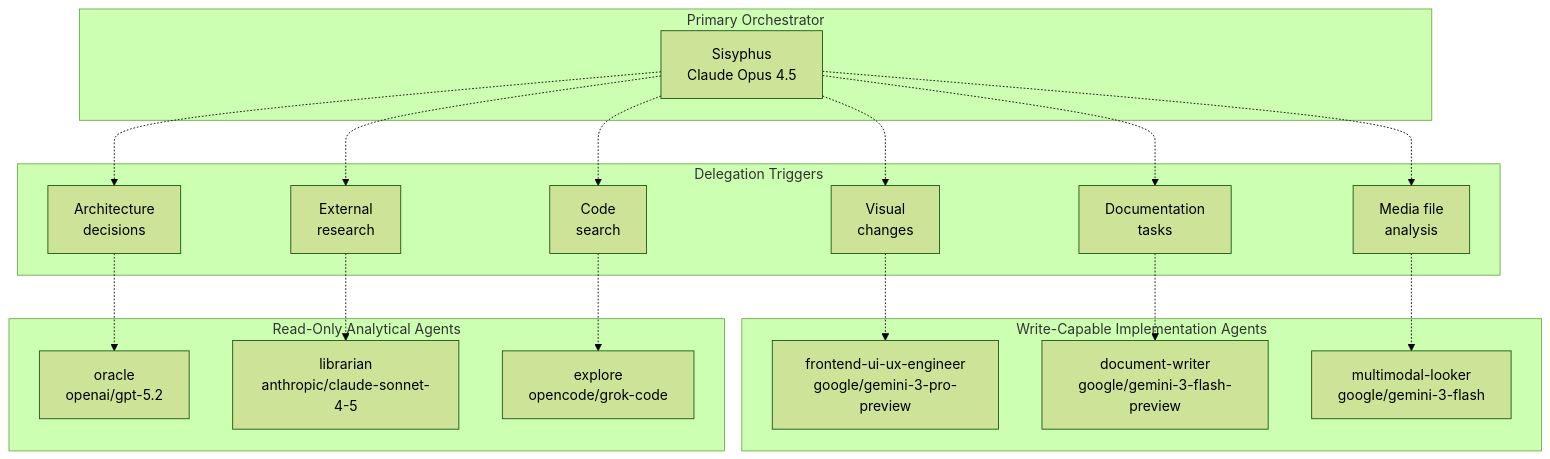
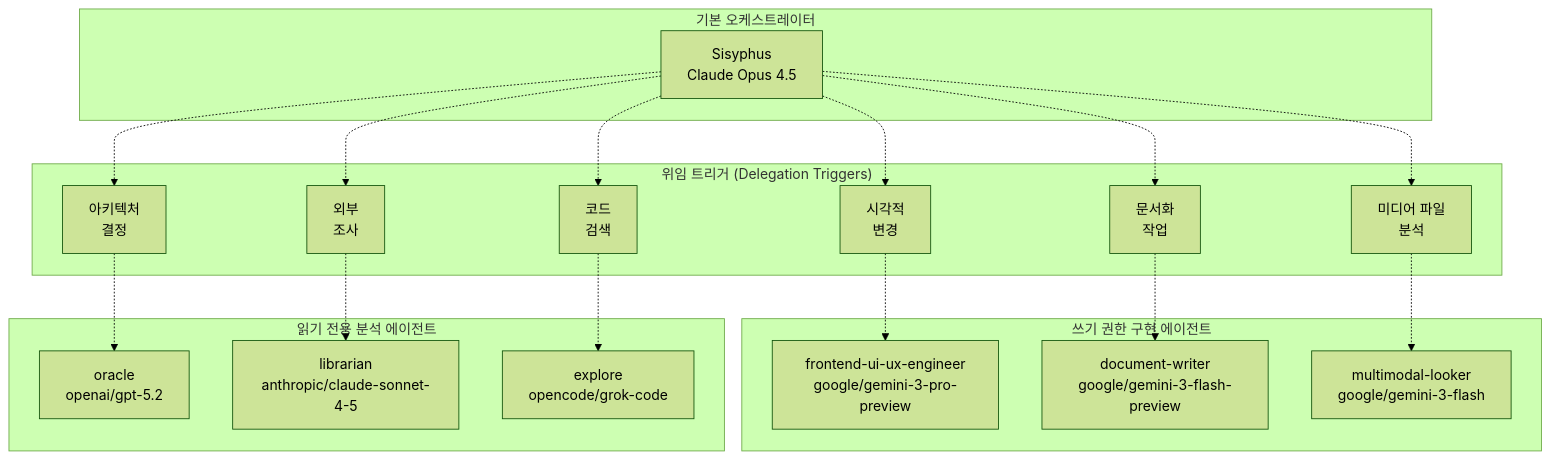
The first of 3 diagrams in docs/agents/specialized-agents.md (felipetruman/oh-my-opencode-docs), drawn with Mermaid (forest theme) before and after one commit. The commit also changed other lines of this file and 76 other files, not shown here.

````diff
--- a/docs/agents/specialized-agents.md
+++ b/docs/agents/specialized-agents.md
@@ -67,55 +67,55 @@
 ```mermaid
 flowchart TD
 
 sisyphus["Sisyphus<br>Claude Opus 4.5"]
 oracle["oracle<br>openai/gpt-5.2"]
 librarian["librarian<br>anthropic/claude-sonnet-4-5"]
 explore["explore<br>opencode/grok-code"]
 frontend["frontend-ui-ux-engineer<br>google/gemini-3-pro-preview"]
 docwriter["document-writer<br>google/gemini-3-flash-preview"]
 multimodal["multimodal-looker<br>google/gemini-3-flash"]
-arch["Architecture<br>decisions"]
-research["External<br>research"]
-search["Code<br>search"]
-ui["Visual<br>changes"]
-docs["Documentation<br>tasks"]
-media["Media file<br>analysis"]
+arch["아키텍처<br>결정"]
+research["외부<br>조사"]
+search["코드<br>검색"]
+ui["시각적<br>변경"]
+docs["문서화<br>작업"]
+media["미디어 파일<br>분석"]
 
 sisyphus -.-> arch
 sisyphus -.-> research
 sisyphus -.-> search
 sisyphus -.-> ui
 sisyphus -.-> docs
 sisyphus -.-> media
 arch -.-> oracle
 research -.-> librarian
 search -.-> explore
 ui -.-> frontend
 docs -.-> docwriter
 media -.-> multimodal
 
-subgraph subGraph3 ["Delegation Triggers"]
+subgraph subGraph3 ["위임 트리거 (Delegation Triggers)"]
     arch
     research
     search
     ui
     docs
     media
 end
 
-subgraph subGraph2 ["Write-Capable Implementation Agents"]
+subgraph subGraph2 ["쓰기 권한 구현 에이전트"]
     frontend
     docwriter
     multimodal
 end
 
-subgraph subGraph1 ["Read-Only Analytical Agents"]
+subgraph subGraph1 ["읽기 전용 분석 에이전트"]
     oracle
     librarian
     explore
 end
 
-subgraph subGraph0 ["Primary Orchestrator"]
+subgraph subGraph0 ["기본 오케스트레이터"]
     sisyphus
 end
 ```
````
